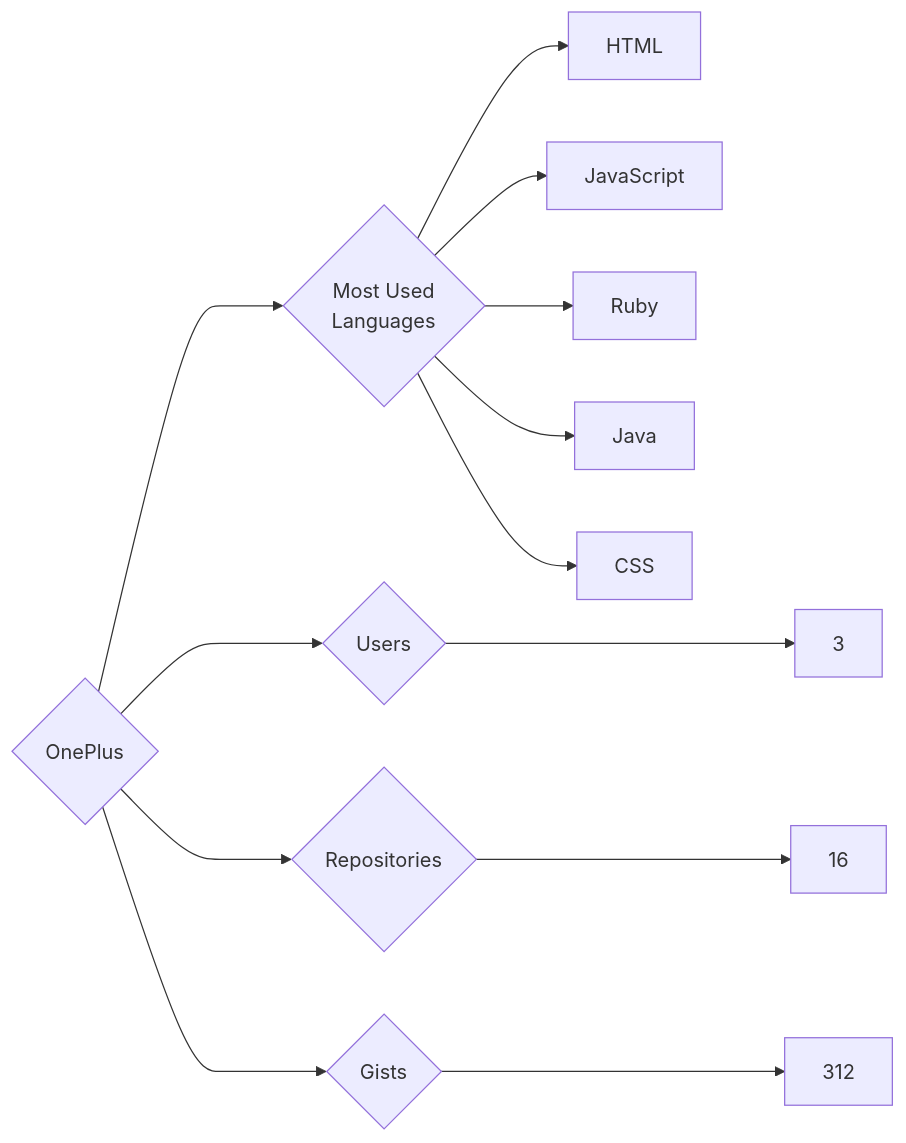
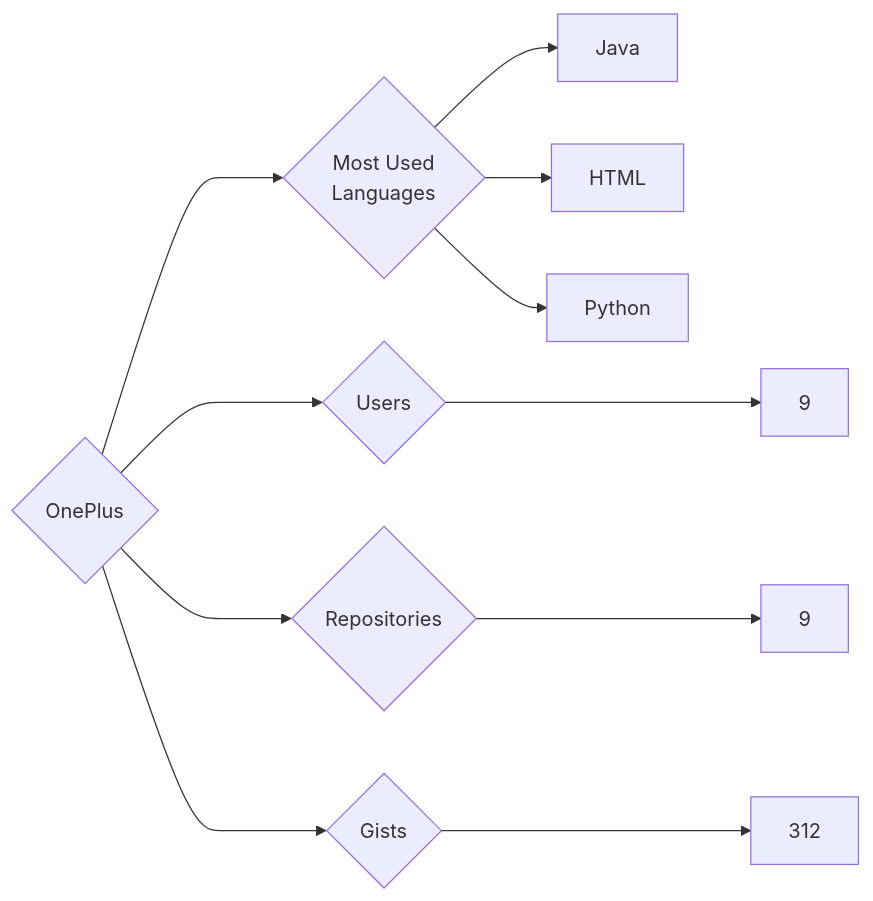
The diagram in targets/OnePlus/README.md (trickest/insiders), drawn with Mermaid before and after one commit. The commit also changed 895 other files, not shown here.

````diff
--- a/targets/OnePlus/README.md
+++ b/targets/OnePlus/README.md
@@ -3,13 +3,11 @@
 ```mermaid
 graph LR
 COMPANY_NAME{OnePlus}
-COMPANY_NAME ---> U{Users} ---> UN[3]
-COMPANY_NAME ---> R{Repositories} ---> RN[16]
+COMPANY_NAME ---> U{Users} ---> UN[9]
+COMPANY_NAME ---> R{Repositories} ---> RN[9]
 COMPANY_NAME ---> G{Gists} ---> GN[312]
 COMPANY_NAME ---> ML{Most Used<br>Languages}
+ML --> Java[Java]
 ML --> HTML[HTML]
-ML --> JavaScript[JavaScript]
-ML --> Ruby[Ruby]
-ML --> Java[Java]
-ML --> CSS[CSS]
+ML --> Python[Python]
 ```
````
